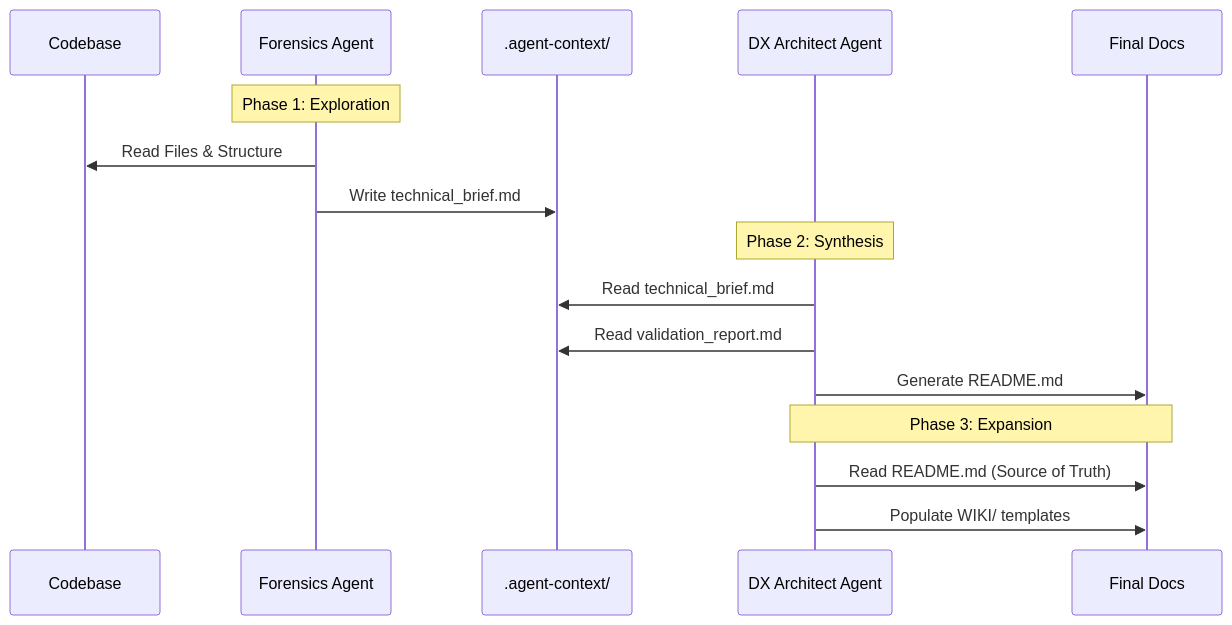
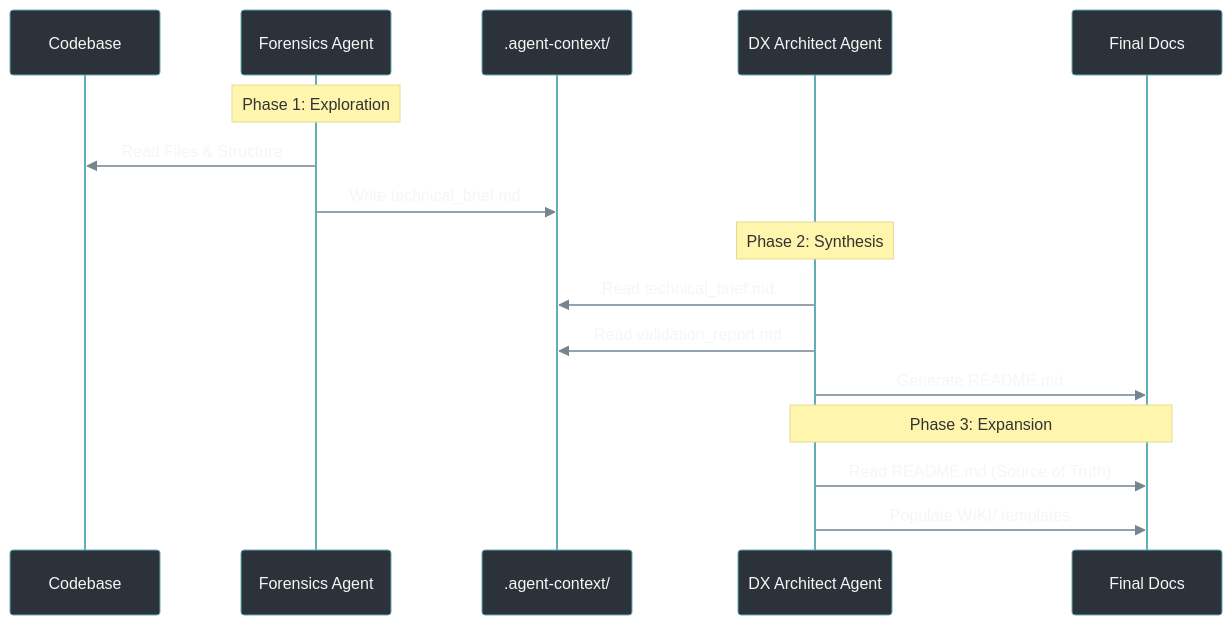
Before and after one commit to pr0methevs/agentic-doc-generator: the second of 2 diagrams in README.md, drawn with Mermaid. The commit also changed other lines of this file, not shown here.

Commit message:
docs(readme): improve mermaid diagrams and add initial prompt example

````diff
--- a/README.md
+++ b/README.md
@@ -97,21 +120,24 @@
 ```mermaid
 sequenceDiagram
+    %% Nordic Slate Theme Config
+    %%{init: {'theme': 'base', 'themeVariables': { 'primaryColor': '#395671', 'primaryTextColor': '#f4f7f6', 'edgeLabelBackground':'#2c323a', 'actorBorder': '#62aeb7', 'actorBkg': '#2c323a', 'signalColor': '#748590', 'signalTextColor': '#f4f7f6', 'textColor': '#f4f7f6', 'mainBkg': '#2c323a', 'sequenceNumberColor': '#62aeb7', 'activationBorderColor': '#62aeb7'}}}%%
+    
     participant Repo as Codebase
     participant Forensics as Forensics Agent
     participant Context as .agent-context/
     participant DX as DX Architect Agent
     participant Docs as Final Docs
 
     Note over Forensics: Phase 1: Exploration
     Forensics->>Repo: Read Files & Structure
     Forensics->>Context: Write technical_brief.md
     
     Note over DX: Phase 2: Synthesis
     DX->>Context: Read technical_brief.md
     DX->>Context: Read validation_report.md
     DX->>Docs: Generate README.md
     
     Note over DX, Docs: Phase 3: Expansion
     DX->>Docs: Read README.md (Source of Truth)
     DX->>Docs: Populate WIKI/ templates
 ```
````
